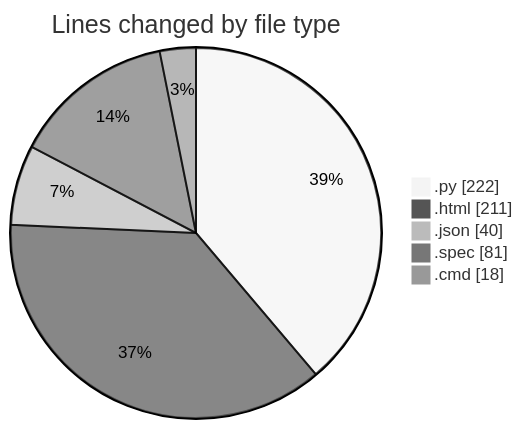
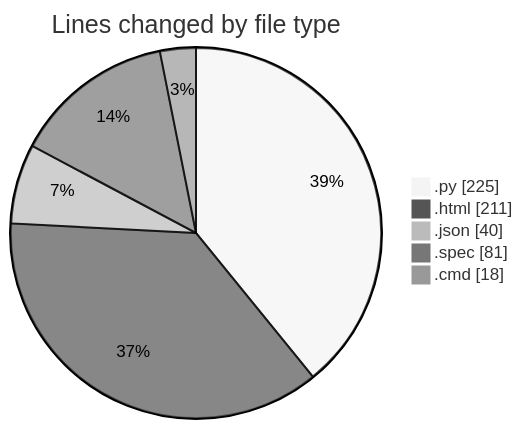
One commit to FelipKnott/code-tracking changed the first of 2 diagrams in 2025-07-12/cursor/README.md. Above: the diagram before and after it, drawn with Mermaid (neutral theme). The commit also changed other lines of this file and 1 other file, not shown here.

````diff
--- a/2025-07-12/cursor/README.md
+++ b/2025-07-12/cursor/README.md
@@ -26,9 +26,9 @@
 ```mermaid
 pie showData
 title Lines changed by file type
-".py" : 222
+".py" : 225
 ".html" : 211
 ".json" : 40
 ".spec" : 81
 ".cmd" : 18
 ```
````
